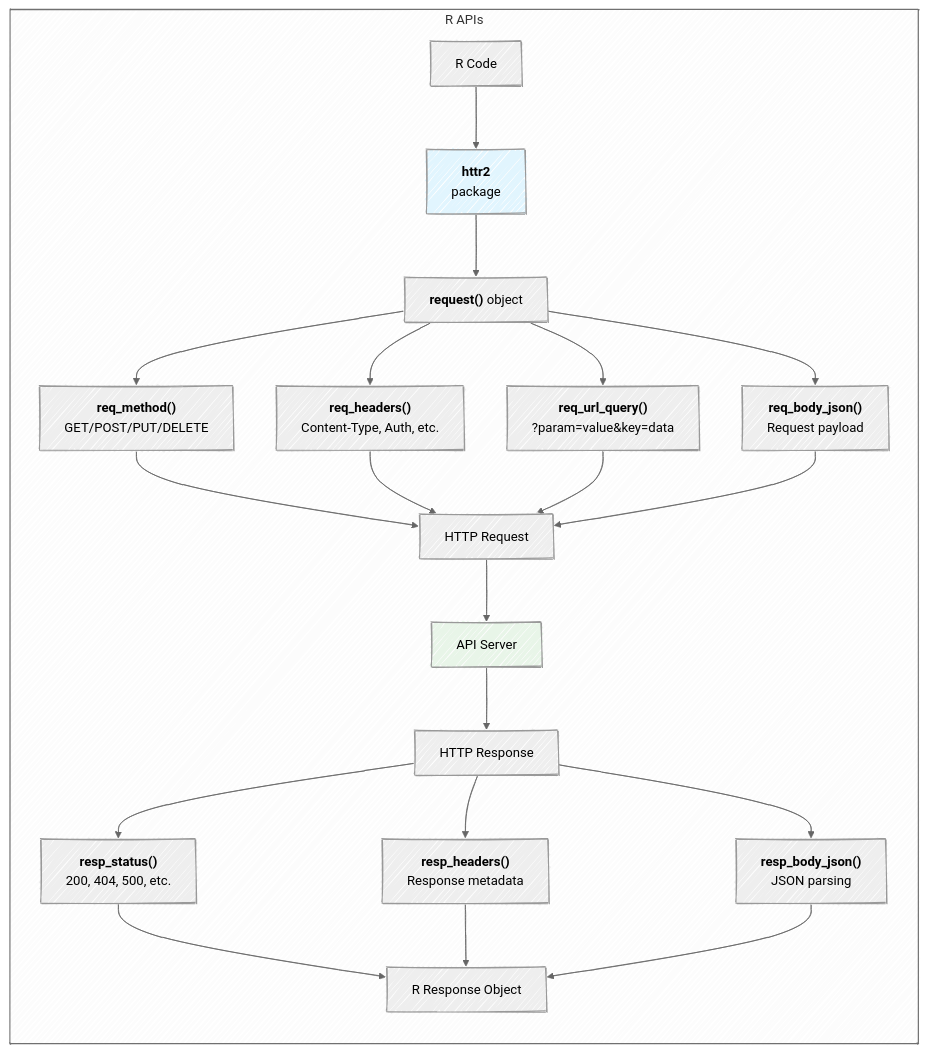
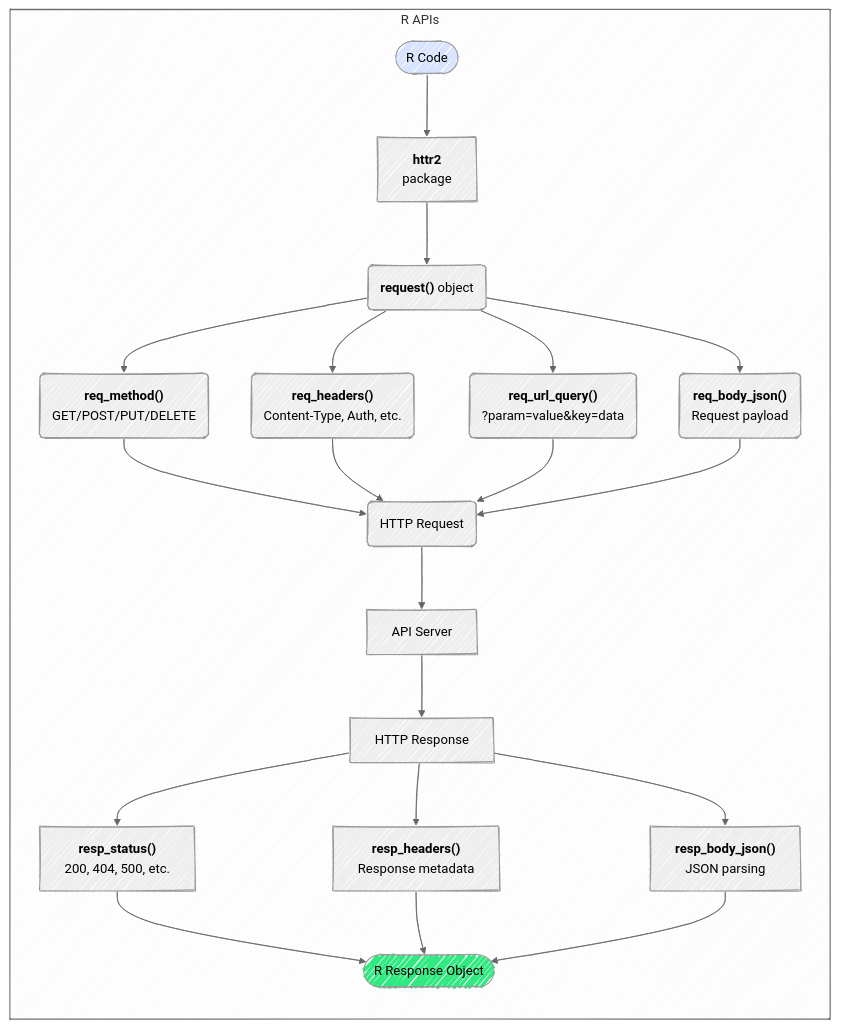
Before and after one commit to mjfrigaard/do4ds-labs: the sixth of 6 diagrams in lab3.qmd, drawn with Mermaid. The commit also changed other lines of this file and 38 other files, not shown here.

````diff
--- a/lab3.qmd
+++ b/lab3.qmd
@@ -270,28 +296,28 @@
 ```{mermaid}
 %%{init: {'theme': 'neutral', 'look': 'handDrawn', 'themeVariables': { 'fontFamily': 'monospace'}}}%%
 
 graph LR
     subgraph RApi["R APIs"]
-        A1["R Code"] --> B1["<strong>httr2</strong><br>package"]
-        B1 --> C1["<strong>request()</strong> object"]
-        C1 --> D1["<strong>req_method()</strong><br/>GET/POST/PUT/DELETE"]
-        C1 --> E1["<strong>req_headers()</strong><br/>Content-Type, Auth, etc."]
-        C1 --> F1["<strong>req_url_query()</strong><br/>?param=value&key=data"]
-        C1 --> G1["<strong>req_body_json()</strong><br/>Request payload"]
-        D1 --> H1["HTTP Request"]
+        A1(["R Code"]) --> B1["<strong>httr2</strong><br>package"]
+        B1 --> C1("<strong>request()</strong> object")
+        C1 --> D1("<strong>req_method()</strong><br/>GET/POST/PUT/DELETE")
+        C1 --> E1("<strong>req_headers()</strong><br/>Content-Type, Auth, etc.")
+        C1 --> F1("<strong>req_url_query()</strong><br/>?param=value&key=data")
+        C1 --> G1("<strong>req_body_json()</strong><br/>Request payload")
+        D1 --> H1("HTTP Request")
         E1 --> H1
         F1 --> H1
         G1 --> H1
         H1 --> I1["API Server"]
         I1 --> J1["HTTP Response"]
         J1 --> K1["<strong>resp_status()</strong><br/>200, 404, 500, etc."]
         J1 --> L1["<strong>resp_headers()</strong><br/>Response metadata"]
         J1 --> M1["<strong>resp_body_json()</strong><br/>JSON parsing"]
-        K1 --> N1["R Response Object"]
+        K1 --> N1(["R Response Object"])
         L1 --> N1
         M1 --> N1
     end
-	
-style B1 fill:#e1f5fe
-style I1 fill:#e8f5e8
+
+    style A1 fill:#d8e4ff
+    style N1 fill:#31e981
 ```
````
